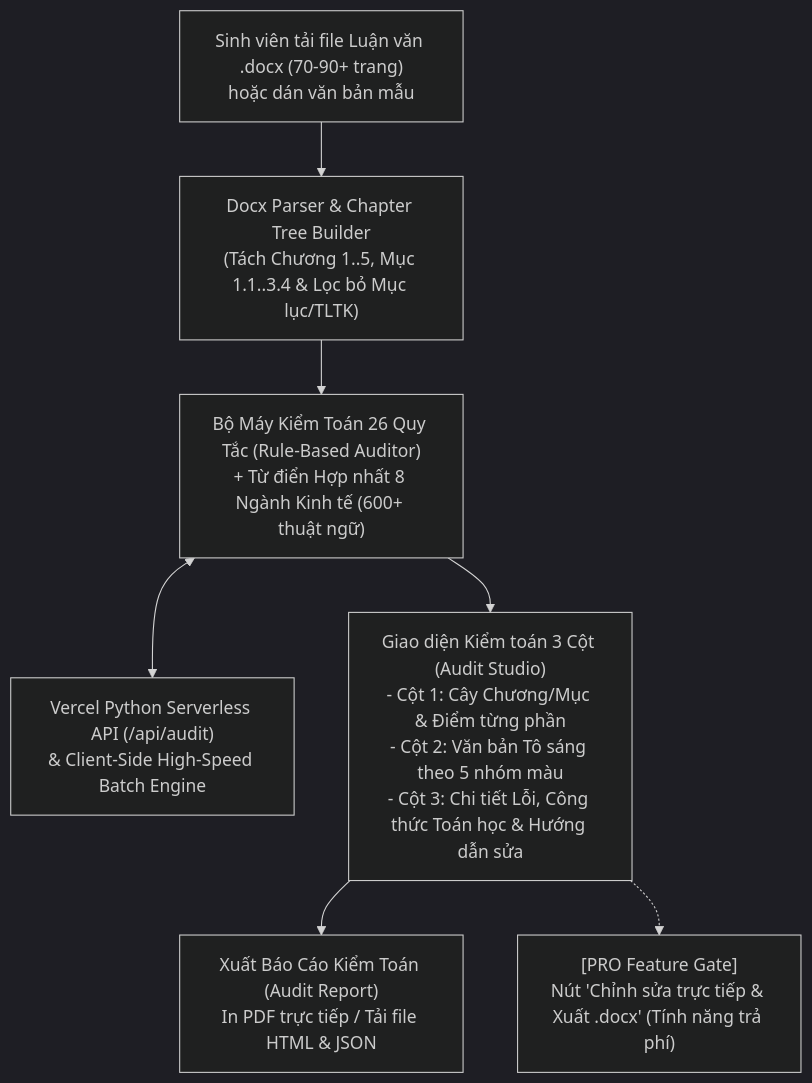
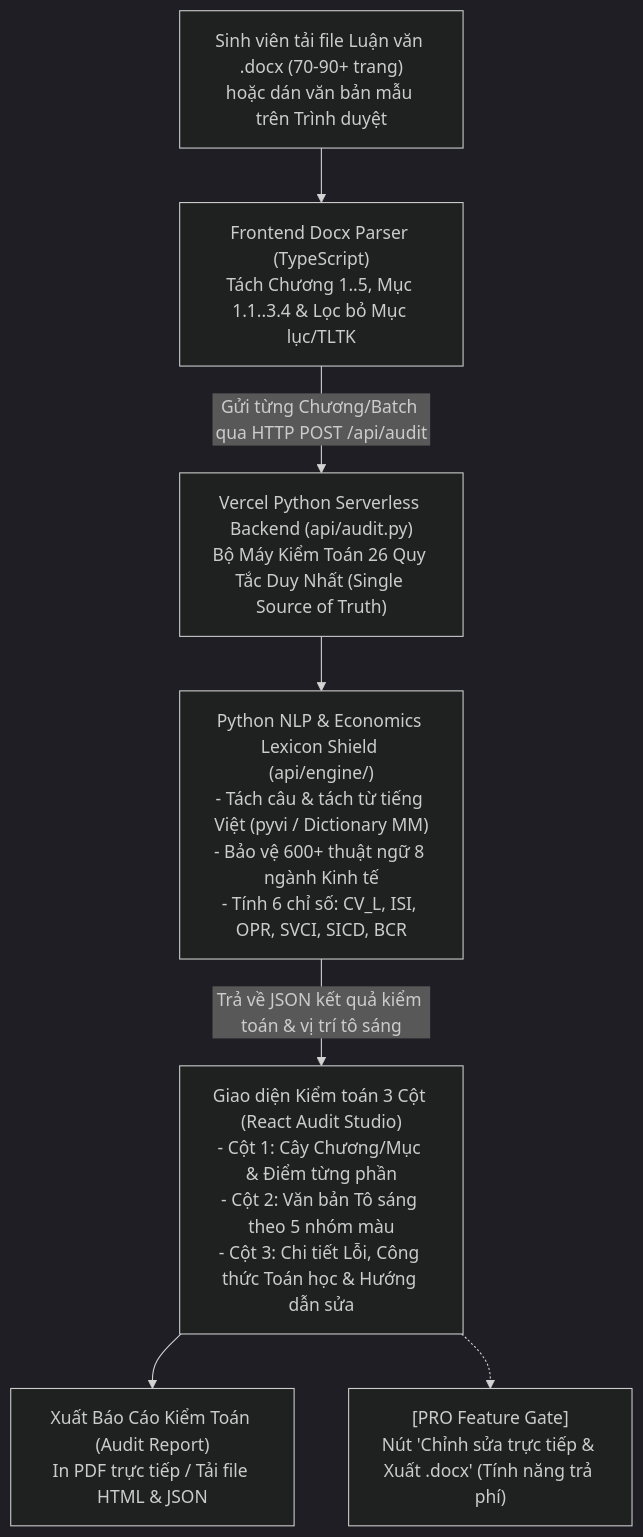
One commit to CacPhan/audit-aiwriting changed the diagram in docs/superpowers/specs/2026-11-06-ai-writing-style-auditor-design.md. Above: the diagram before and after it, drawn with Mermaid (dark theme). The commit also changed other lines of this file and 5 other files, not shown here.

Commit message:
docs(architecture): update design spec and implementation plan to Option (b) single-source Python backend

````diff
--- a/docs/superpowers/specs/2026-11-06-ai-writing-style-auditor-design.md
+++ b/docs/superpowers/specs/2026-11-06-ai-writing-style-auditor-design.md
@@ -36,9 +29,9 @@
 ```mermaid
 flowchart TD
-    A["Sinh viên tải file Luận văn .docx (70-90+ trang)\nhoặc dán văn bản mẫu"] --> B["Docx Parser & Chapter Tree Builder\n(Tách Chương 1..5, Mục 1.1..3.4 & Lọc bỏ Mục lục/TLTK)"]
-    B --> C["Bộ Máy Kiểm Toán 26 Quy Tắc (Rule-Based Auditor)\n+ Từ điển Hợp nhất 8 Ngành Kinh tế (600+ thuật ngữ)"]
-    C <--> D["Vercel Python Serverless API (/api/audit)\n& Client-Side High-Speed Batch Engine"]
-    C --> E["Giao diện Kiểm toán 3 Cột (Audit Studio)\n- Cột 1: Cây Chương/Mục & Điểm từng phần\n- Cột 2: Văn bản Tô sáng theo 5 nhóm màu\n- Cột 3: Chi tiết Lỗi, Công thức Toán học & Hướng dẫn sửa"]
+    A["Sinh viên tải file Luận văn .docx (70-90+ trang)\nhoặc dán văn bản mẫu trên Trình duyệt"] --> B["Frontend Docx Parser (TypeScript)\nTách Chương 1..5, Mục 1.1..3.4 & Lọc bỏ Mục lục/TLTK"]
+    B -- "Gửi từng Chương/Batch qua HTTP POST /api/audit" --> C["Vercel Python Serverless Backend (api/audit.py)\nBộ Máy Kiểm Toán 26 Quy Tắc Duy Nhất (Single Source of Truth)"]
+    C --> D["Python NLP & Economics Lexicon Shield (api/engine/)\n- Tách câu & tách từ tiếng Việt (pyvi / Dictionary MM)\n- Bảo vệ 600+ thuật ngữ 8 ngành Kinh tế\n- Tính 6 chỉ số: CV_L, ISI, OPR, SVCI, SICD, BCR"]
+    D -- "Trả về JSON kết quả kiểm toán & vị trí tô sáng" --> E["Giao diện Kiểm toán 3 Cột (React Audit Studio)\n- Cột 1: Cây Chương/Mục & Điểm từng phần\n- Cột 2: Văn bản Tô sáng theo 5 nhóm màu\n- Cột 3: Chi tiết Lỗi, Công thức Toán học & Hướng dẫn sửa"]
     E --> F["Xuất Báo Cáo Kiểm Toán (Audit Report)\nIn PDF trực tiếp / Tải file HTML & JSON"]
     E -.-> G["[PRO Feature Gate]\nNút 'Chỉnh sửa trực tiếp & Xuất .docx' (Tính năng trả phí)"]
 ```
````
